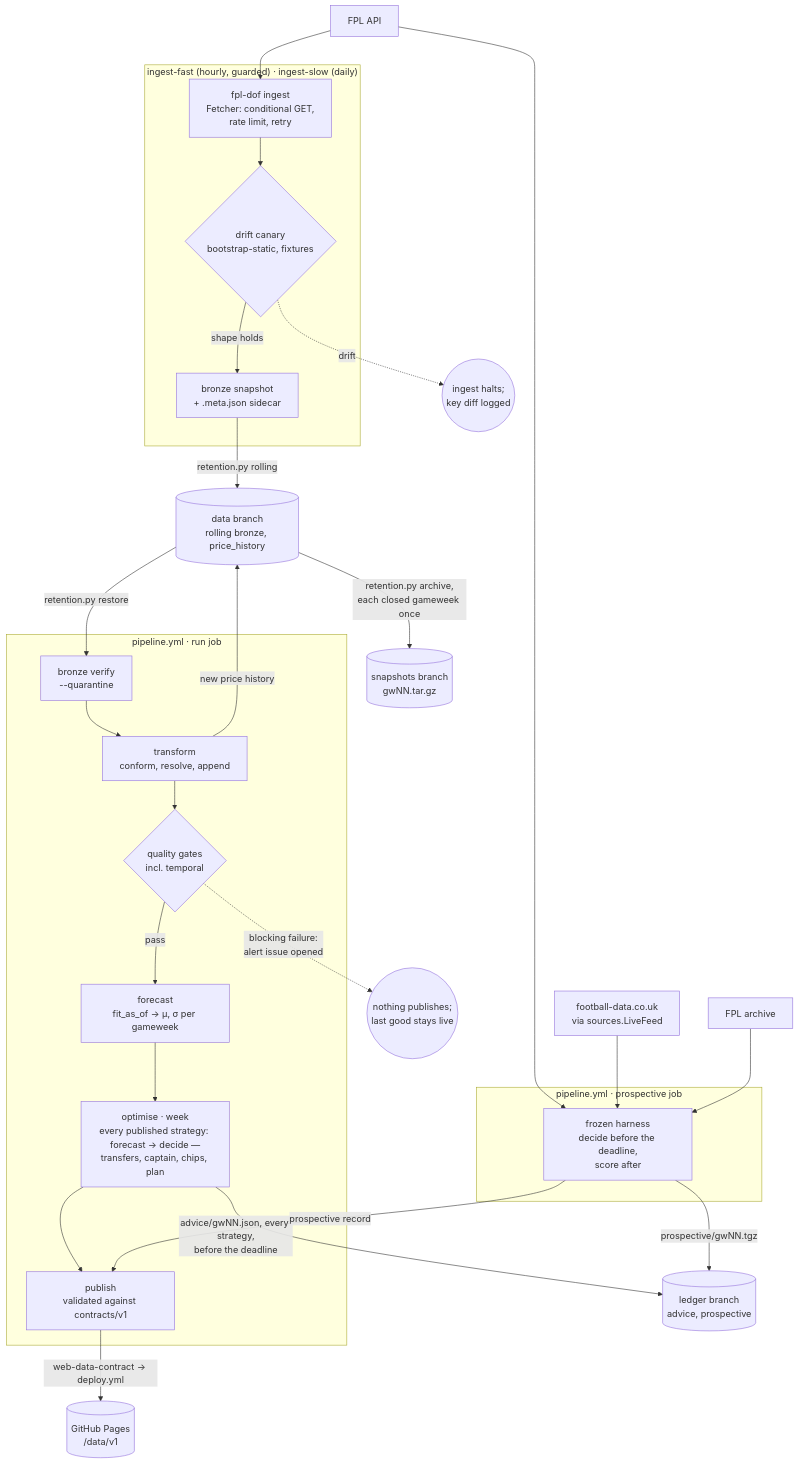
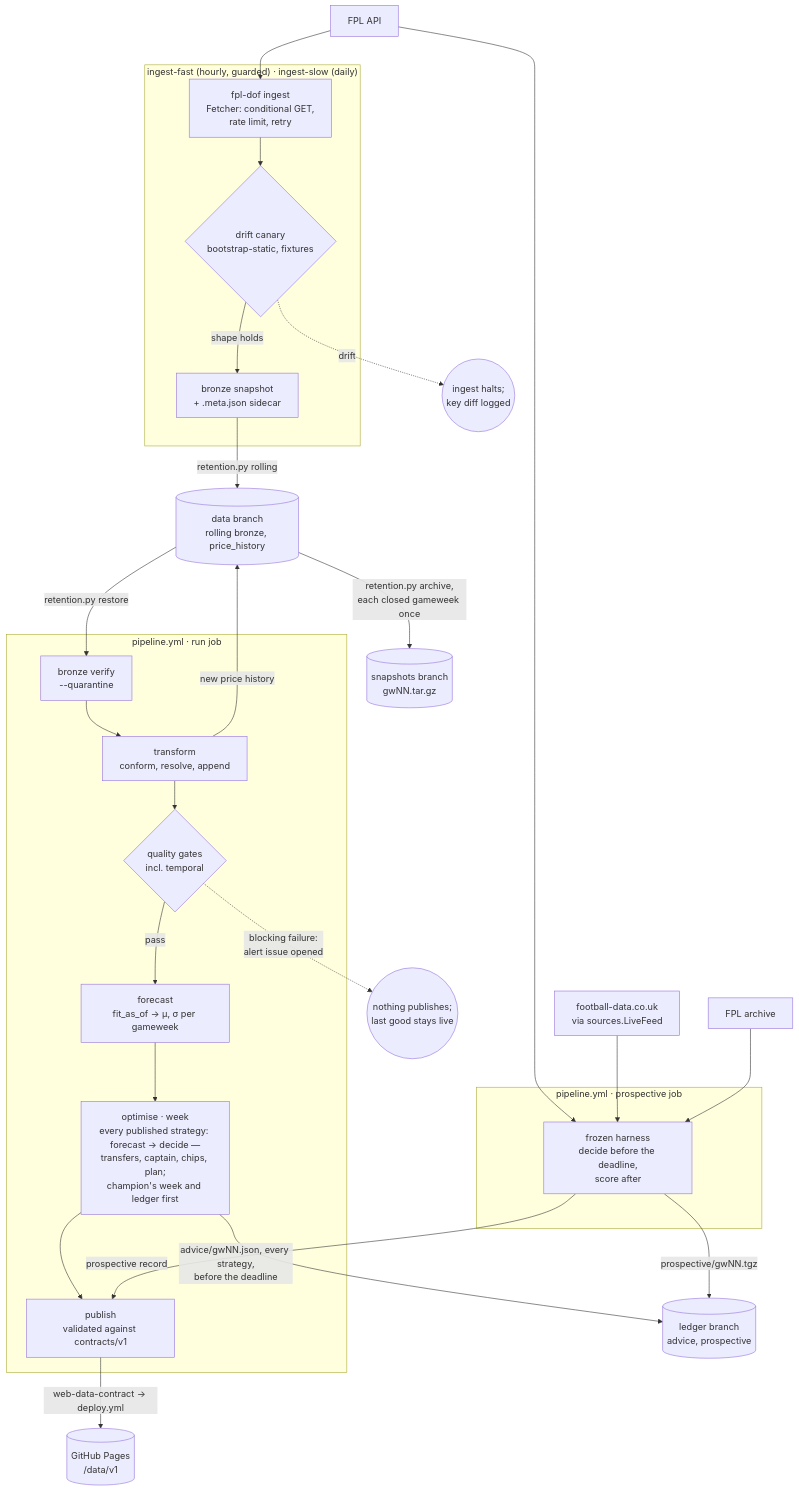
The third of 5 diagrams in docs/planning/03-solution-architecture.md (talonegg/fpl_dof2), drawn with Mermaid before and after one commit. The commit also changed other lines of this file and 18 other files, not shown here.

First line of the commit message:
MOD-03, MOD-04: review fixes — week advice first, registry champion, digest over code and config

````diff
--- a/docs/planning/03-solution-architecture.md
+++ b/docs/planning/03-solution-architecture.md
@@ -225,47 +225,47 @@
 ```mermaid
 flowchart TB
     FPL["FPL API"]
     ODDS["football-data.co.uk<br/>via sources.LiveFeed"]
     ARC["FPL archive"]
 
     subgraph ingest["ingest-fast (hourly, guarded) · ingest-slow (daily)"]
         FET["fpl-dof ingest<br/>Fetcher: conditional GET,<br/>rate limit, retry"]
         CAN{"drift canary<br/>bootstrap-static, fixtures"}
         BRZ["bronze snapshot<br/>+ .meta.json sidecar"]
     end
 
     subgraph prosp["pipeline.yml · prospective job"]
         PRO["frozen harness<br/>decide before the deadline,<br/>score after"]
     end
 
     subgraph run["pipeline.yml · run job"]
         VER["bronze verify<br/>--quarantine"]
         TRF["transform<br/>conform, resolve, append"]
         QG{"quality gates<br/>incl. temporal"}
         FC["forecast<br/>fit_as_of → μ, σ per gameweek"]
-        DEC["optimise · week<br/>every published strategy: forecast → decide —<br/>transfers, captain, chips, plan"]
+        DEC["optimise · week<br/>every published strategy: forecast → decide —<br/>transfers, captain, chips, plan;<br/>champion's week and ledger first"]
         PUB["publish<br/>validated against contracts/v1"]
     end
 
     DATA[("data branch<br/>rolling bronze, price_history")]
     SNAP[("snapshots branch<br/>gwNN.tar.gz")]
     LED[("ledger branch<br/>advice, prospective")]
     PAGES[("GitHub Pages<br/>/data/v1")]
     HALT(("ingest halts;<br/>key diff logged"))
     STOP(("nothing publishes;<br/>last good stays live"))
 
     FPL --> FET --> CAN
     CAN -->|"shape holds"| BRZ
     CAN -.->|"drift"| HALT
     BRZ -->|"retention.py rolling"| DATA
     DATA -->|"retention.py archive,<br/>each closed gameweek once"| SNAP
     FPL & ODDS & ARC --> PRO
     PRO -->|"prospective/gwNN.tgz"| LED
     DATA -->|"retention.py restore"| VER --> TRF --> QG
     QG -->|"pass"| FC --> DEC --> PUB
     QG -.->|"blocking failure:<br/>alert issue opened"| STOP
     DEC -->|"advice/gwNN.json, every strategy,<br/>before the deadline"| LED
     PRO -->|"prospective record"| PUB
     TRF -->|"new price history"| DATA
     PUB -->|"web-data-contract → deploy.yml"| PAGES
 ```
````
